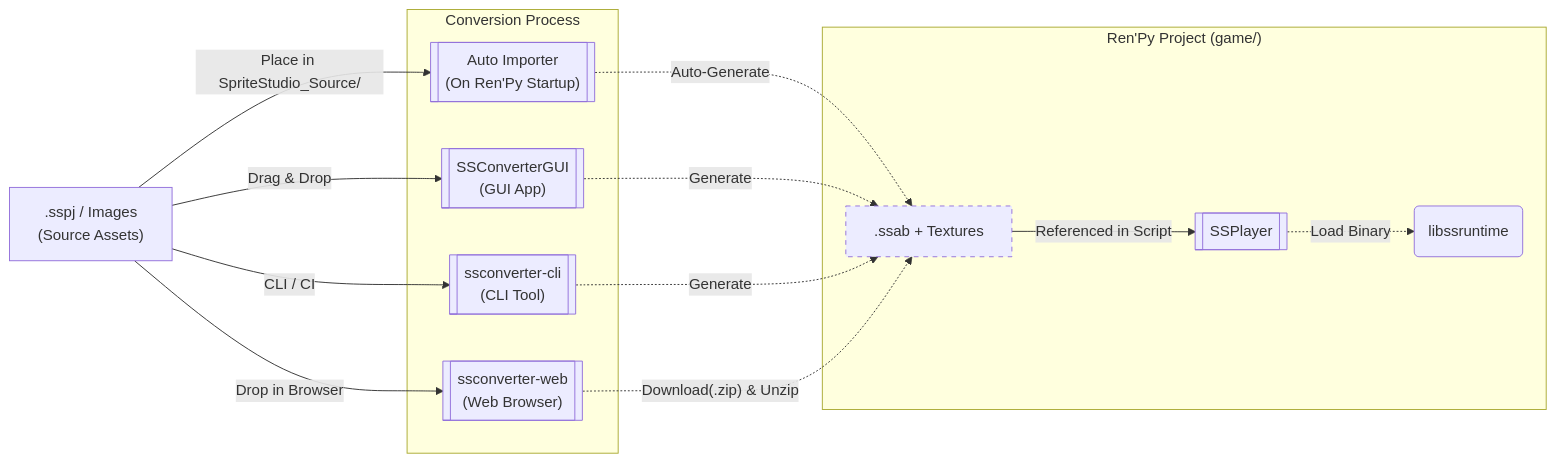
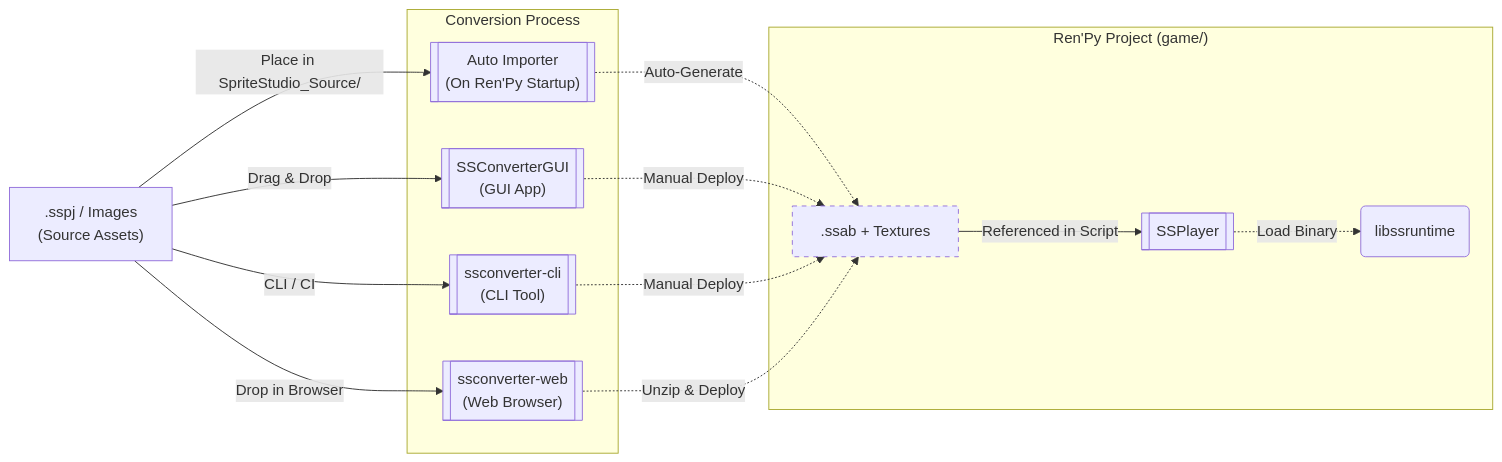
Before and after one commit to cri-middleware/SSPlayerForRenPy: the diagram in docs/import.md, drawn with Mermaid. The commit also changed 1 other file, not shown here.

Commit message:
docs: clarify manual deploy step in import diagram

````diff
--- a/docs/import.md
+++ b/docs/import.md
@@ -5,32 +5,32 @@
 ```mermaid
 graph LR
     SS[" .sspj / Images<br>(Source Assets) "]
 
     subgraph Convert ["Conversion Process"]
         AUTO[[" Auto Importer<br>(On Ren'Py Startup) "]]
         GUI[[" SSConverterGUI<br>(GUI App) "]]
         CLI[[" ssconverter-cli<br>(CLI Tool) "]]
         WEB[[" ssconverter-web<br>(Web Browser) "]]
     end
 
     subgraph RenPy ["Ren'Py Project (game/)"]
         BIN[" .ssab + Textures "]
         NODE[[ SSPlayer ]]
         RT(" libssruntime ")
     end
 
     SS -- "Place in SpriteStudio_Source/" --> AUTO
     SS -- "Drag & Drop" --> GUI
     SS -- "CLI / CI" --> CLI
     SS -- "Drop in Browser" --> WEB
     AUTO -. "Auto-Generate" .-> BIN
-    GUI -. "Generate" .-> BIN
-    CLI -. "Generate" .-> BIN
-    WEB -. "Download(.zip) & Unzip" .-> BIN
+    GUI -. "Manual Deploy" .-> BIN
+    CLI -. "Manual Deploy" .-> BIN
+    WEB -. "Unzip & Deploy" .-> BIN
     
     BIN -- "Referenced in Script" --> NODE
     NODE -. "Load Binary" .-> RT
 
     classDef generated stroke-dasharray: 5 5;
     class BIN generated;
 ```
````
